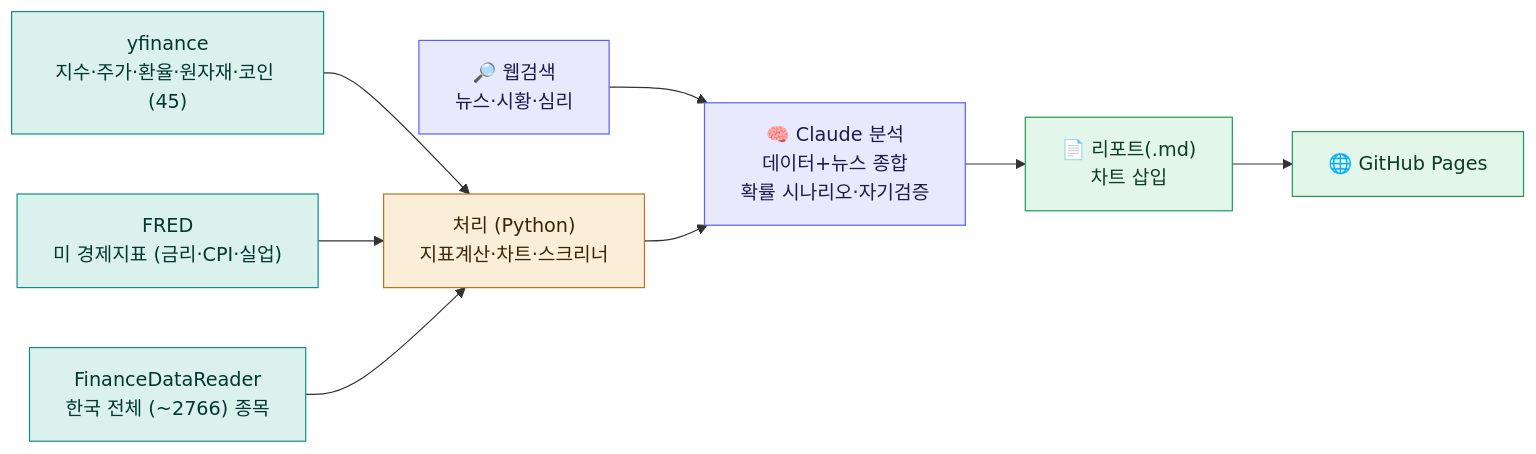
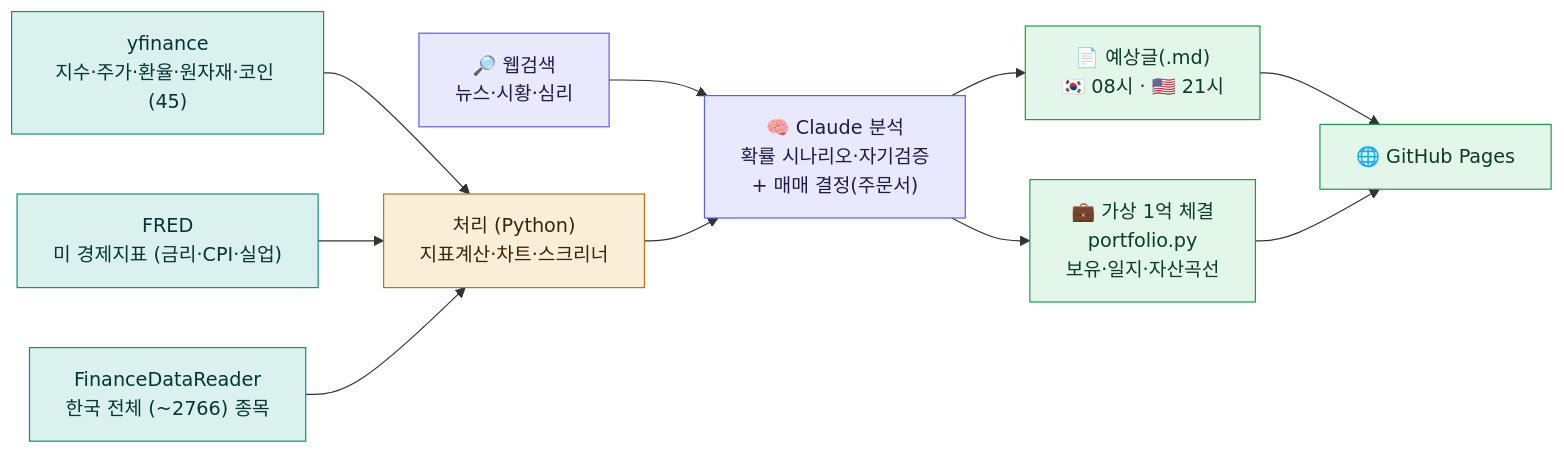
Before and after one commit to gks930620/stock-daily: the second of 2 diagrams in docs/OVERVIEW.md, drawn with Mermaid. The commit also changed other lines of this file and 5 other files, not shown here.

````diff
--- a/docs/OVERVIEW.md
+++ b/docs/OVERVIEW.md
@@ -61,16 +63,17 @@
 ```mermaid
 flowchart LR
   Y["yfinance<br/>지수·주가·환율·원자재·코인 (45)"] --> P
   FR["FRED<br/>미 경제지표 (금리·CPI·실업)"] --> P
   FD["FinanceDataReader<br/>한국 전체 (~2766) 종목"] --> P
   WS["🔎 웹검색<br/>뉴스·시황·심리"] --> CL
 
   P["처리 (Python)<br/>지표계산·차트·스크리너"] --> CL
-  CL["🧠 Claude 분석<br/>데이터+뉴스 종합<br/>확률 시나리오·자기검증"] --> R["📄 리포트(.md)<br/>차트 삽입"] --> PG["🌐 GitHub Pages"]
+  CL["🧠 Claude 분석<br/>확률 시나리오·자기검증<br/>+ 매매 결정(주문서)"] --> R["📄 예상글(.md)<br/>🇰🇷 08시 · 🇺🇸 21시"] --> PG["🌐 GitHub Pages"]
+  CL --> PF["💼 가상 1억 체결<br/>portfolio.py<br/>보유·일지·자산곡선"] --> PG
 
   classDef data fill:#dbf1ee,stroke:#0e8f83,color:#04372f;
   classDef proc fill:#fbeed9,stroke:#bf7318,color:#3a2606;
   classDef ai   fill:#e9e9fe,stroke:#5b5ff0,color:#1c1c4d;
   classDef pub  fill:#e3f6ea,stroke:#219a52,color:#0c3d22;
-  class Y,FR,FD data; class P proc; class WS,CL ai; class R,PG pub;
+  class Y,FR,FD data; class P proc; class WS,CL ai; class R,PF,PG pub;
 ```
````
